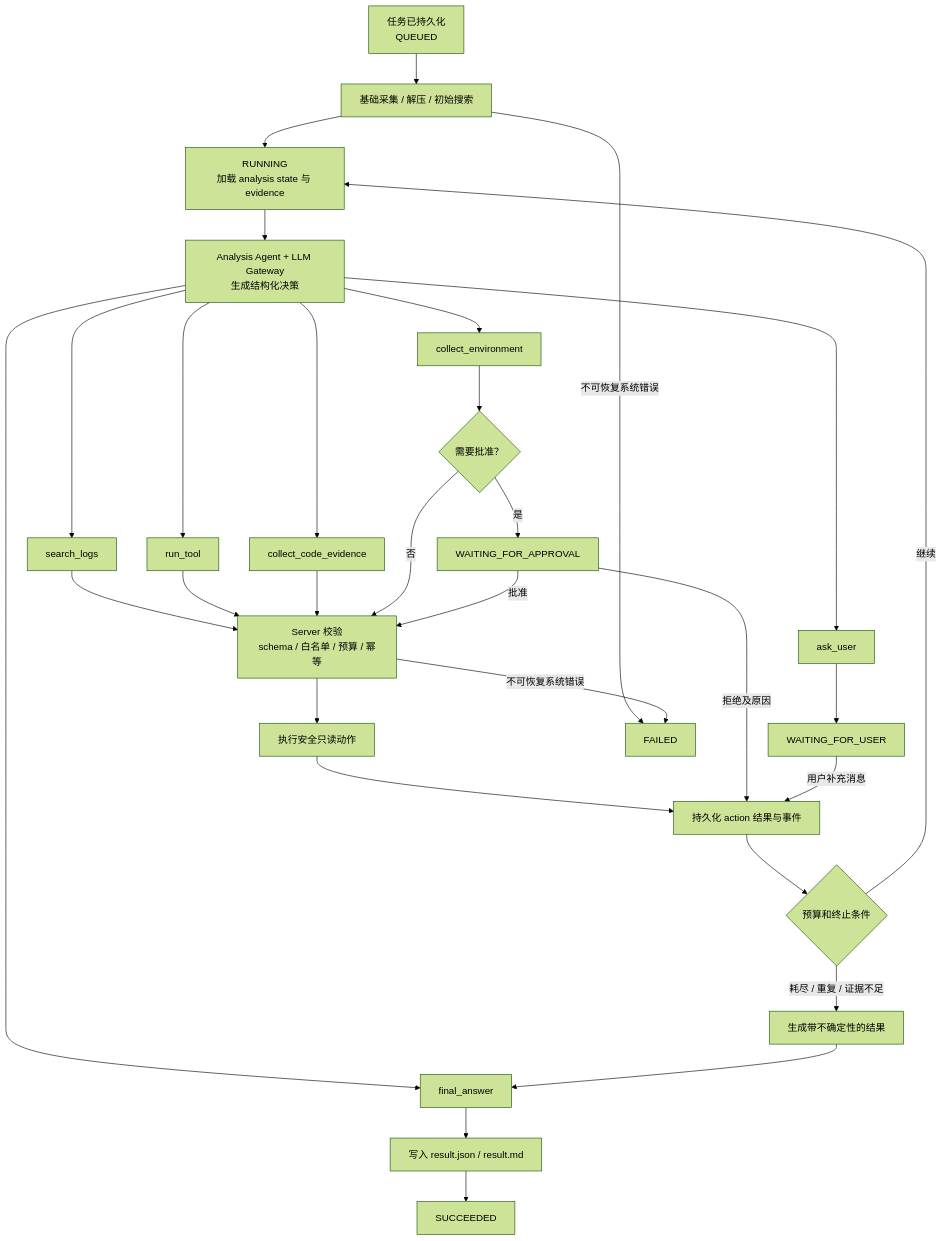
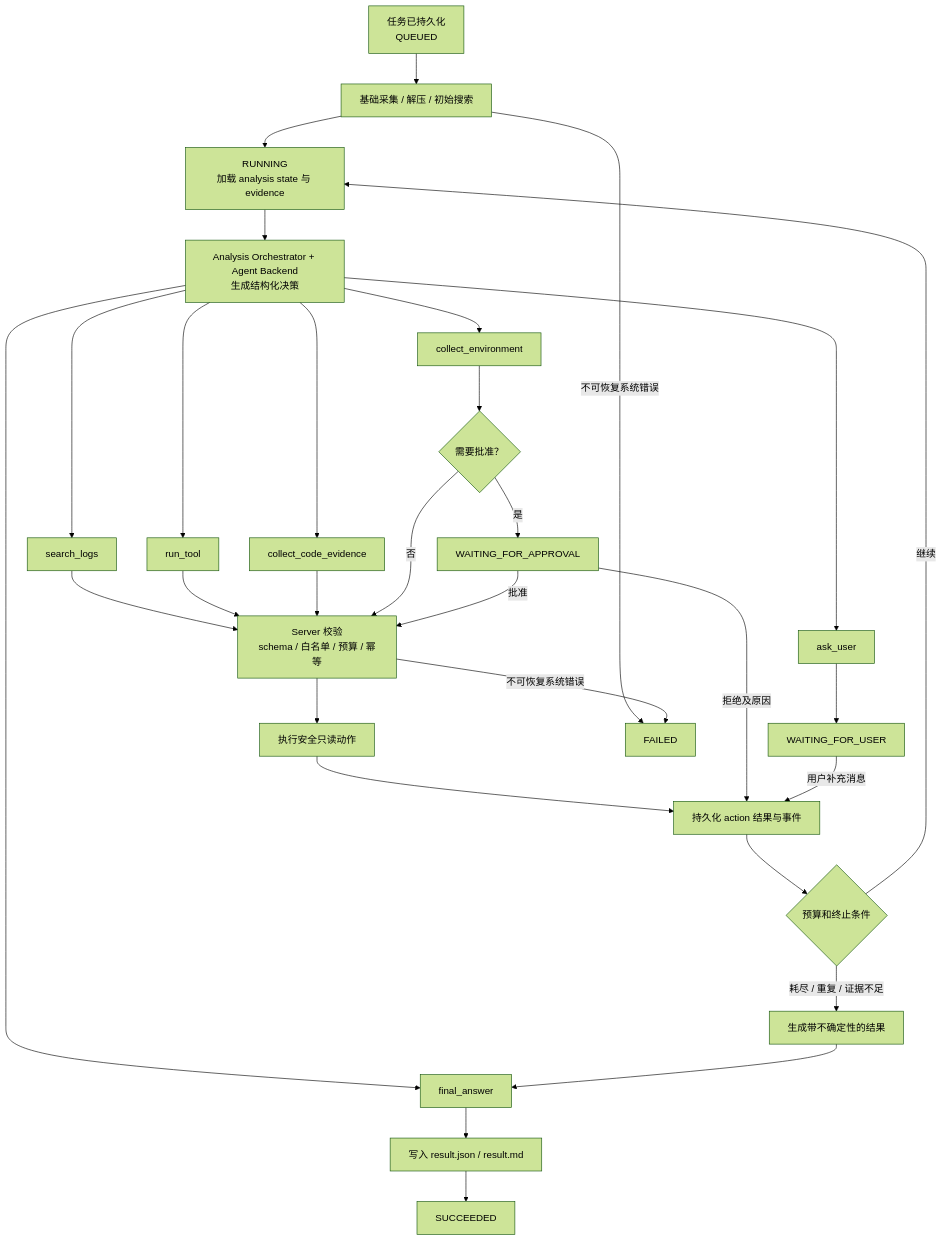
The diagram in SPEC.md (zhiwangdu/prd_assistant), drawn with Mermaid (forest theme) before and after one commit. The commit also changed other lines of this file and 54 other files, not shown here.

Commit message:
feat: add agent backend direction

````diff
--- a/SPEC.md
+++ b/SPEC.md
@@ -104,40 +110,40 @@
 ```mermaid
 flowchart TD
     Start["任务已持久化<br/>QUEUED"] --> Initial["基础采集 / 解压 / 初始搜索"]
     Initial --> Running["RUNNING<br/>加载 analysis state 与 evidence"]
-    Running --> Decide["Analysis Agent + LLM Gateway<br/>生成结构化决策"]
+    Running --> Decide["Analysis Orchestrator + Agent Backend<br/>生成结构化决策"]
 
     Decide --> Search["search_logs"]
     Decide --> Tool["run_tool"]
     Decide --> Code["collect_code_evidence"]
     Decide --> Env["collect_environment"]
     Decide --> Ask["ask_user"]
     Decide --> Final["final_answer"]
 
     Search --> Validate["Server 校验<br/>schema / 白名单 / 预算 / 幂等"]
     Tool --> Validate
     Code --> Validate
     Env --> Approval{"需要批准？"}
 
     Validate --> Execute["执行安全只读动作"]
     Execute --> Persist["持久化 action 结果与事件"]
     Persist --> Budget{"预算和终止条件"}
 
     Approval -->|"是"| WaitingApproval["WAITING_FOR_APPROVAL"]
     Approval -->|"否"| Validate
     WaitingApproval -->|"批准"| Validate
     WaitingApproval -->|"拒绝及原因"| Persist
 
     Ask --> WaitingUser["WAITING_FOR_USER"]
     WaitingUser -->|"用户补充消息"| Persist
 
     Budget -->|"继续"| Running
     Budget -->|"耗尽 / 重复 / 证据不足"| Limited["生成带不确定性的结果"]
     Limited --> Final
 
     Final --> Result["写入 result.json / result.md"]
     Result --> Success["SUCCEEDED"]
 
     Initial -->|"不可恢复系统错误"| Failed["FAILED"]
     Validate -->|"不可恢复系统错误"| Failed
 ```
````
